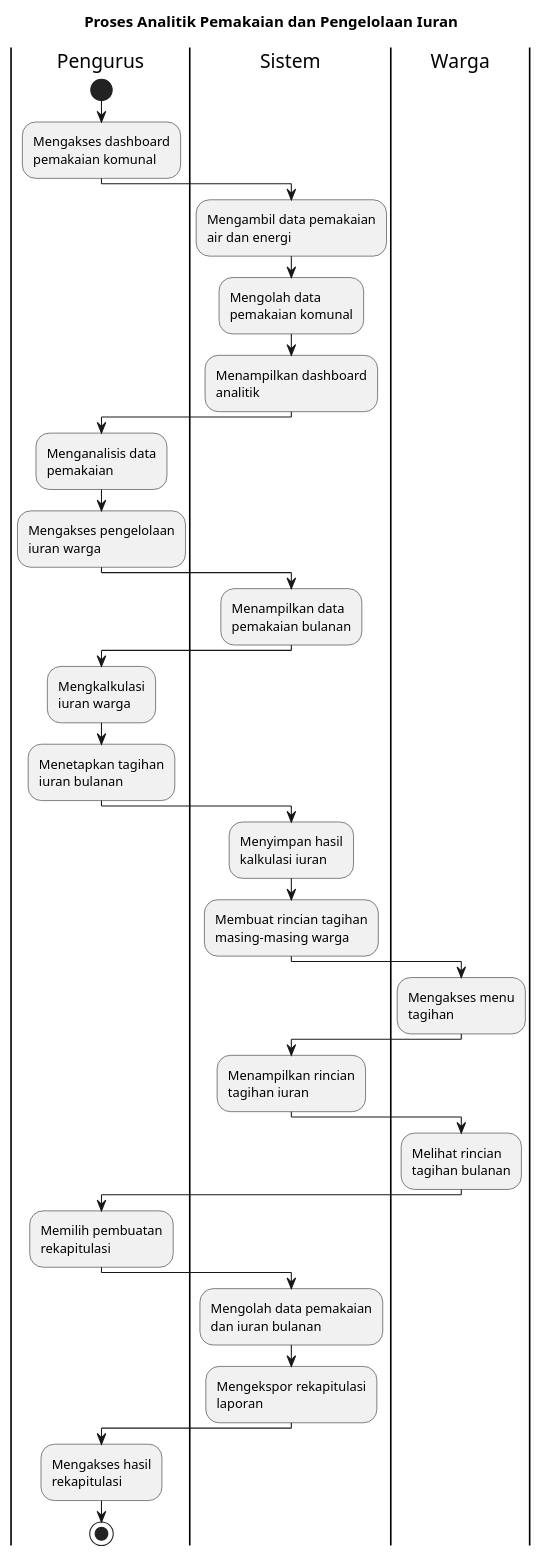
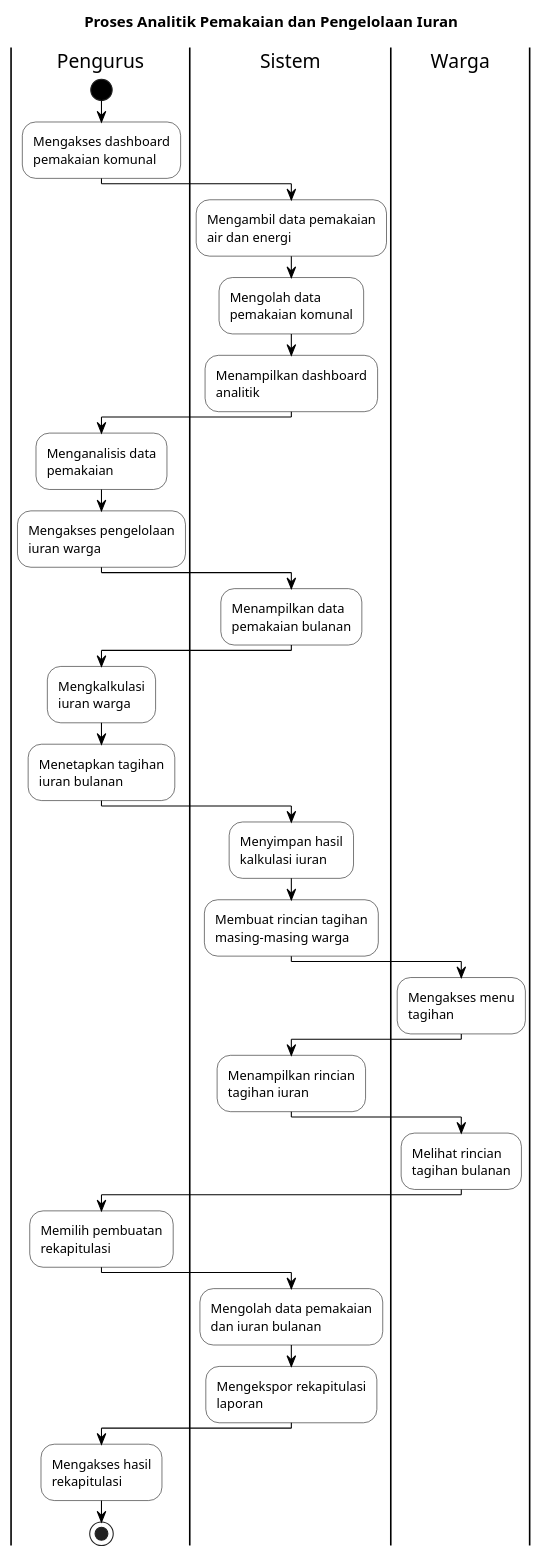
Before and after one commit to wequra/IF2150-RPL-K03-G10: the diagram in docs/M1/assets/diagram/source/proses-iuran-analitik.puml, drawn with PlantUML. The commit also changed 7 other files, not shown here.

Commit message:
docs: update swimlane diagrams to monochrome style

```diff
--- a/docs/M1/assets/diagram/source/proses-iuran-analitik.puml
+++ b/docs/M1/assets/diagram/source/proses-iuran-analitik.puml
@@ -1,75 +1,92 @@
 @startuml
+
+skinparam backgroundColor White
+skinparam shadowing false
+skinparam defaultFontColor Black
+skinparam ArrowColor Black
+
+skinparam activity {
+    BackgroundColor White
+    BorderColor Black
+    FontColor Black
+    DiamondBackgroundColor White
+    DiamondBorderColor Black
+    DiamondFontColor Black
+    StartColor Black
+    EndColor Black
+    BarColor Black
+}
 
 title Proses Analitik Pemakaian dan Pengelolaan Iuran
 
-|Pengurus|
+|#White|Pengurus|
 start
 
 :Mengakses dashboard
 pemakaian komunal;
 
-|Sistem|
+|#White|Sistem|
 :Mengambil data pemakaian
 air dan energi;
 
 :Mengolah data
 pemakaian komunal;
 
 :Menampilkan dashboard
 analitik;
 
-|Pengurus|
+|#White|Pengurus|
 :Menganalisis data
 pemakaian;
 
 :Mengakses pengelolaan
 iuran warga;
 
-|Sistem|
+|#White|Sistem|
 :Menampilkan data
 pemakaian bulanan;
 
-|Pengurus|
+|#White|Pengurus|
 :Mengkalkulasi
 iuran warga;
 
 :Menetapkan tagihan
 iuran bulanan;
 
-|Sistem|
+|#White|Sistem|
 :Menyimpan hasil
 kalkulasi iuran;
 
 :Membuat rincian tagihan
 masing-masing warga;
 
-|Warga|
+|#White|Warga|
 :Mengakses menu
 tagihan;
 
-|Sistem|
+|#White|Sistem|
 :Menampilkan rincian
 tagihan iuran;
 
-|Warga|
+|#White|Warga|
 :Melihat rincian
 tagihan bulanan;
 
-|Pengurus|
+|#White|Pengurus|
 :Memilih pembuatan
 rekapitulasi;
 
-|Sistem|
+|#White|Sistem|
 :Mengolah data pemakaian
 dan iuran bulanan;
 
 :Mengekspor rekapitulasi
 laporan;
 
-|Pengurus|
+|#White|Pengurus|
 :Mengakses hasil
 rekapitulasi;
 
 stop
 
 @enduml
```
